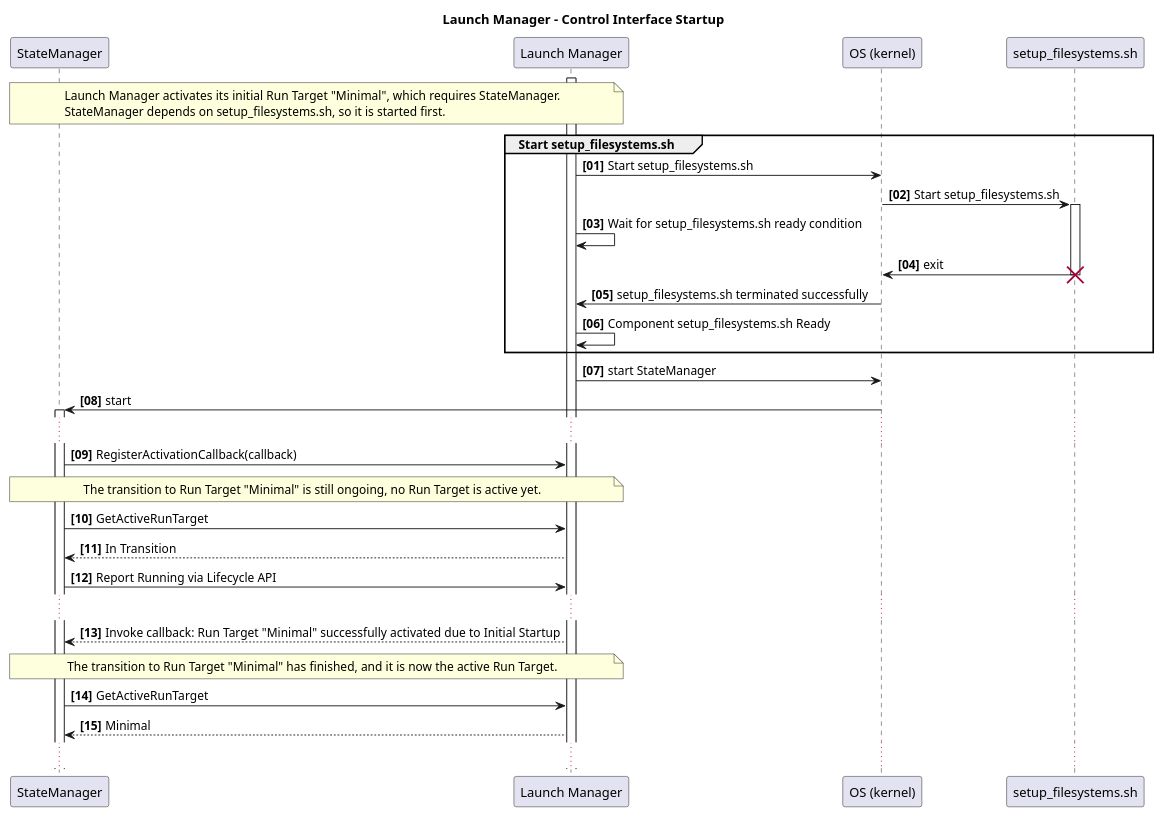
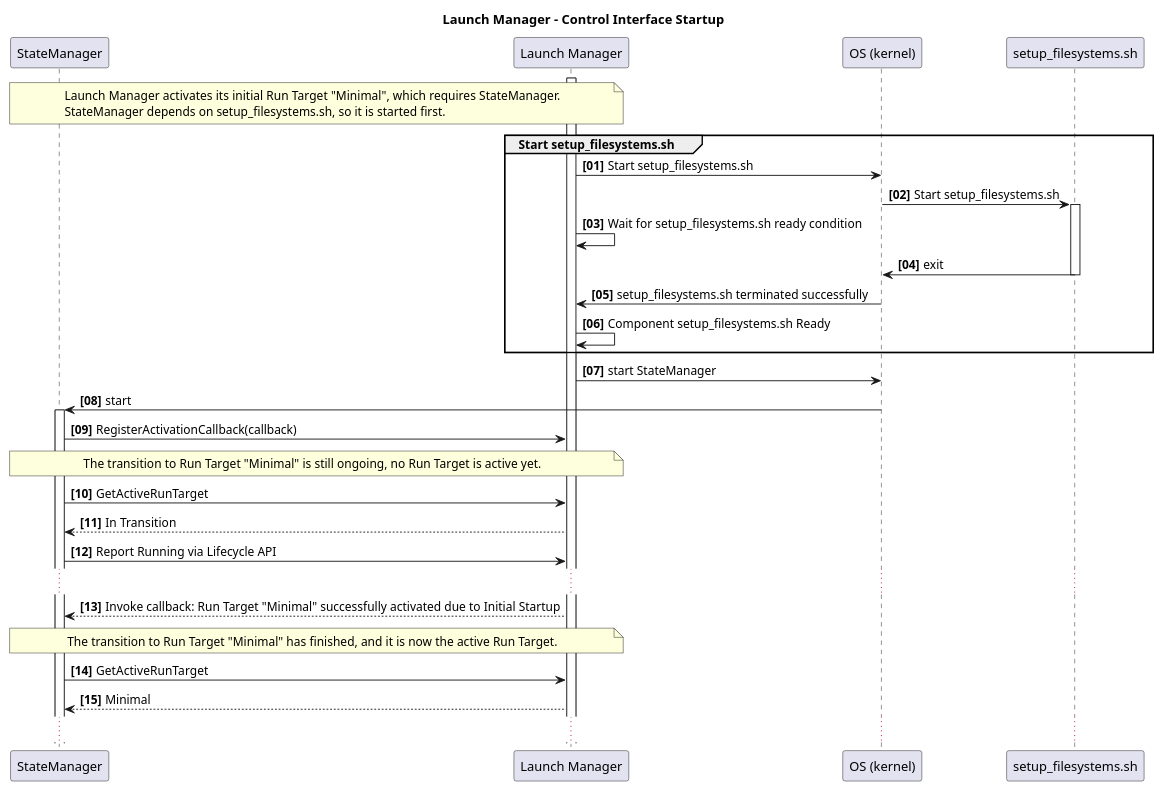
Before and after one commit to eclipse-score/lifecycle: the diagram in docs/features/lifecycle/architecture/_assets/control_interface_startup.puml, drawn with PlantUML. The commit also changed 5 other files, not shown here.

Commit message:
Diagram fixes

```diff
--- a/docs/features/lifecycle/architecture/_assets/control_interface_startup.puml
+++ b/docs/features/lifecycle/architecture/_assets/control_interface_startup.puml
@@ -14,58 +14,55 @@
 @startuml
 title Launch Manager - Control Interface Startup
 
 autonumber "<b>[00]"
 
 participant "StateManager" as sm
 participant "Launch Manager" as LM
 participant "OS (kernel)" as kernel
 participant "setup_filesystems.sh" as fs
 
 activate LM
 
 note over sm,LM
 Launch Manager activates its initial Run Target "Minimal", which requires StateManager.
 StateManager depends on setup_filesystems.sh, so it is started first.
 end note
 
 group #White Start setup_filesystems.sh
     LM -> kernel : Start setup_filesystems.sh
     kernel -> fs ++ : Start setup_filesystems.sh
     LM -> LM : Wait for setup_filesystems.sh ready condition
     fs -> kernel : exit
-    destroy fs
+    deactivate fs
     kernel -> LM : setup_filesystems.sh terminated successfully
     LM -> LM : Component setup_filesystems.sh Ready
 end group
 
 LM -> kernel : start StateManager
 
 kernel -> sm : start
 activate sm
 
-...
-
 sm -> LM: RegisterActivationCallback(callback)
-
 
 note over sm,LM
 The transition to Run Target "Minimal" is still ongoing, no Run Target is active yet.
 end note
 sm -> LM : GetActiveRunTarget
 sm <-- LM: In Transition
 
 sm -> LM : Report Running via Lifecycle API
 
 ...
 
 sm <-- LM: Invoke callback: Run Target "Minimal" successfully activated due to Initial Startup
 
 note over sm,LM
 The transition to Run Target "Minimal" has finished, and it is now the active Run Target.
 end note
 sm -> LM : GetActiveRunTarget
 sm <-- LM: Minimal
 
 
 ...
 @enduml
```
